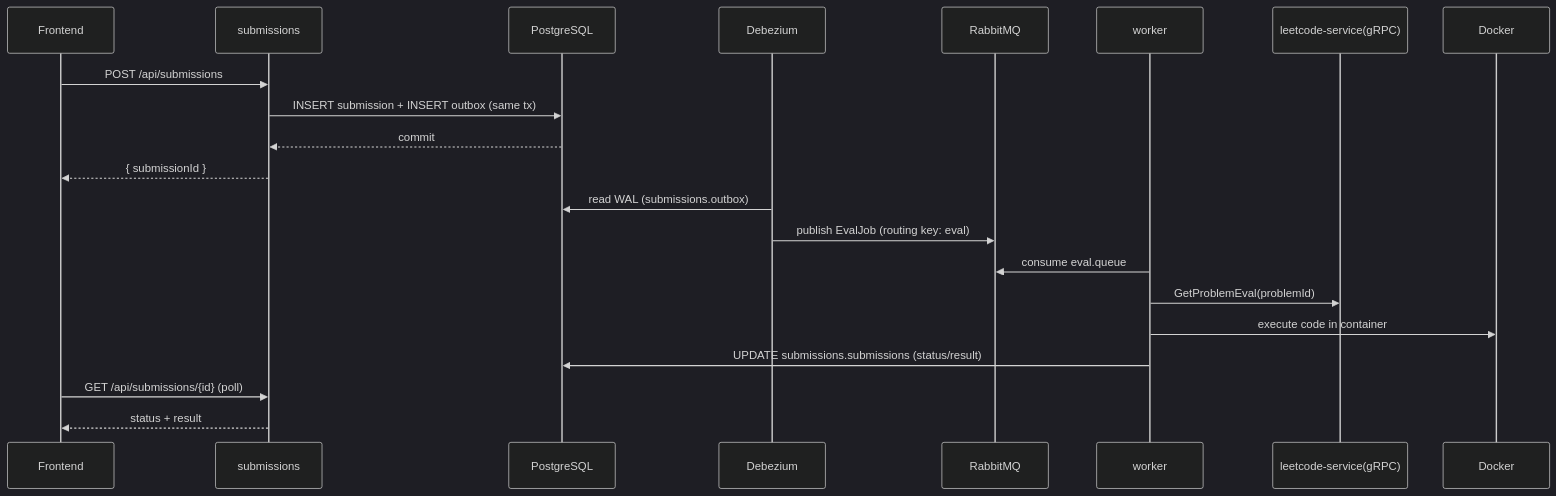
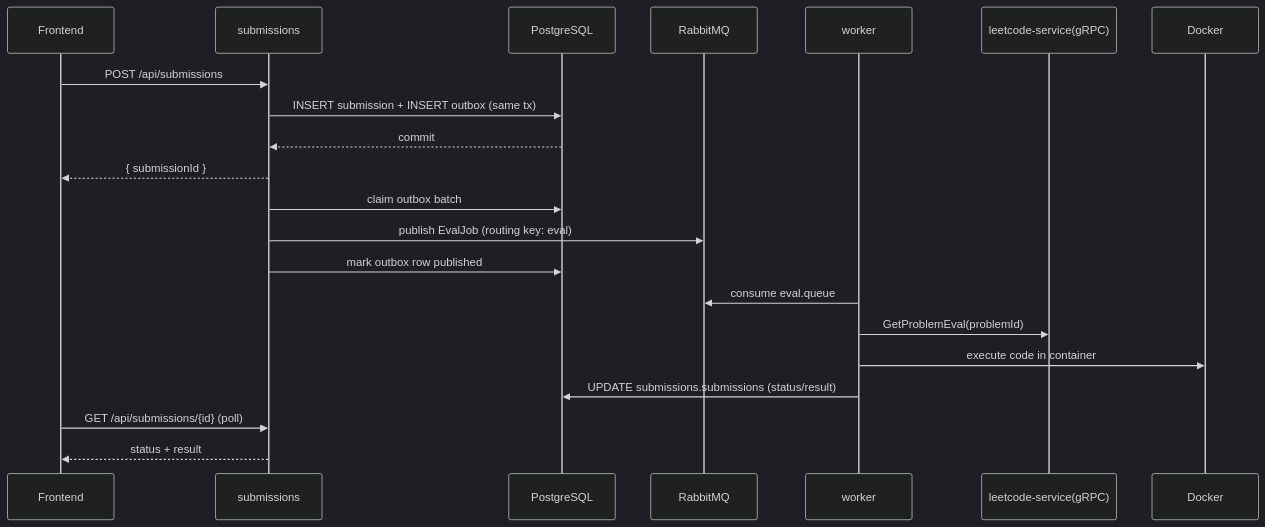
The second of 2 diagrams in docs/backend/architecture/containers.md (FuJacob/leetdoodle), drawn with Mermaid (dark theme) before and after one commit. The commit also changed other lines of this file and 41 other files, not shown here.

Commit message:
Replace Debezium with outbox polling and fix space-pan state

````diff
--- a/docs/backend/architecture/containers.md
+++ b/docs/backend/architecture/containers.md
@@ -49,25 +47,25 @@
 ```mermaid
 sequenceDiagram
     participant FE as Frontend
     participant SUB as submissions
     participant PG as PostgreSQL
-    participant DBZ as Debezium
     participant RMQ as RabbitMQ
     participant WRK as worker
     participant LEE as leetcode-service(gRPC)
     participant DCK as Docker
 
     FE->>SUB: POST /api/submissions
     SUB->>PG: INSERT submission + INSERT outbox (same tx)
     PG-->>SUB: commit
     SUB-->>FE: { submissionId }
 
-    DBZ->>PG: read WAL (submissions.outbox)
-    DBZ->>RMQ: publish EvalJob (routing key: eval)
+    SUB->>PG: claim outbox batch
+    SUB->>RMQ: publish EvalJob (routing key: eval)
+    SUB->>PG: mark outbox row published
     WRK->>RMQ: consume eval.queue
     WRK->>LEE: GetProblemEval(problemId)
     WRK->>DCK: execute code in container
     WRK->>PG: UPDATE submissions.submissions (status/result)
     FE->>SUB: GET /api/submissions/{id} (poll)
     SUB-->>FE: status + result
 ```
````
